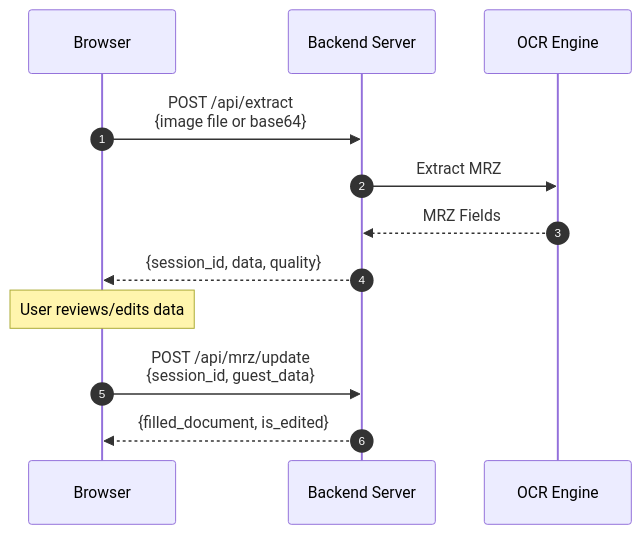
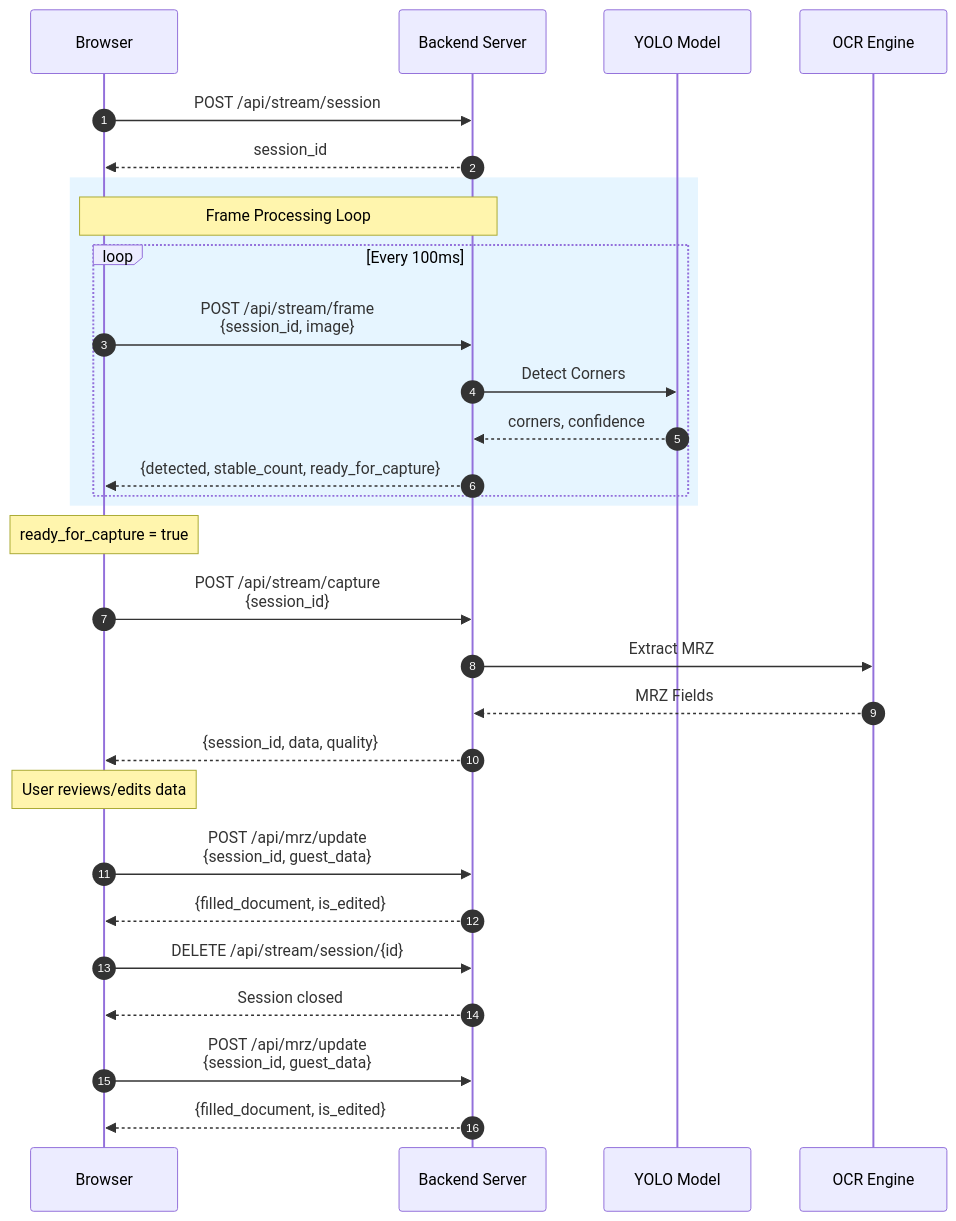
The third of 4 diagrams in kiosk/app/README.md (omarmx9/smart-hotel), drawn with Mermaid before and after one commit. The commit also changed other lines of this file and 22 other files, not shown here.

````diff
--- a/kiosk/app/README.md
+++ b/kiosk/app/README.md
@@ -138,16 +164,36 @@
 ```mermaid
 sequenceDiagram
     autonumber
     participant B as Browser
     participant S as Backend Server
+    participant M as YOLO Model
     participant O as OCR Engine
     
-    B->>S: POST /api/extract<br/>{image file or base64}
+    B->>S: POST /api/stream/session
+    S-->>B: session_id
+    
+    rect rgb(230, 245, 255)
+        Note over B,S: Frame Processing Loop
+        loop Every 100ms
+            B->>S: POST /api/stream/frame<br/>{session_id, image}
+            S->>M: Detect Corners
+            M-->>S: corners, confidence
+            S-->>B: {detected, stable_count, ready_for_capture}
+        end
+    end
+    
+    Note over B: ready_for_capture = true
+    B->>S: POST /api/stream/capture<br/>{session_id}
     S->>O: Extract MRZ
     O-->>S: MRZ Fields
     S-->>B: {session_id, data, quality}
     
     Note over B: User reviews/edits data
     B->>S: POST /api/mrz/update<br/>{session_id, guest_data}
     S-->>B: {filled_document, is_edited}
+    
+    B->>S: DELETE /api/stream/session/{id}
+    S-->>B: Session closed
+    B->>S: POST /api/mrz/update<br/>{session_id, guest_data}
+    S-->>B: {filled_document, is_edited}
 ```
````
